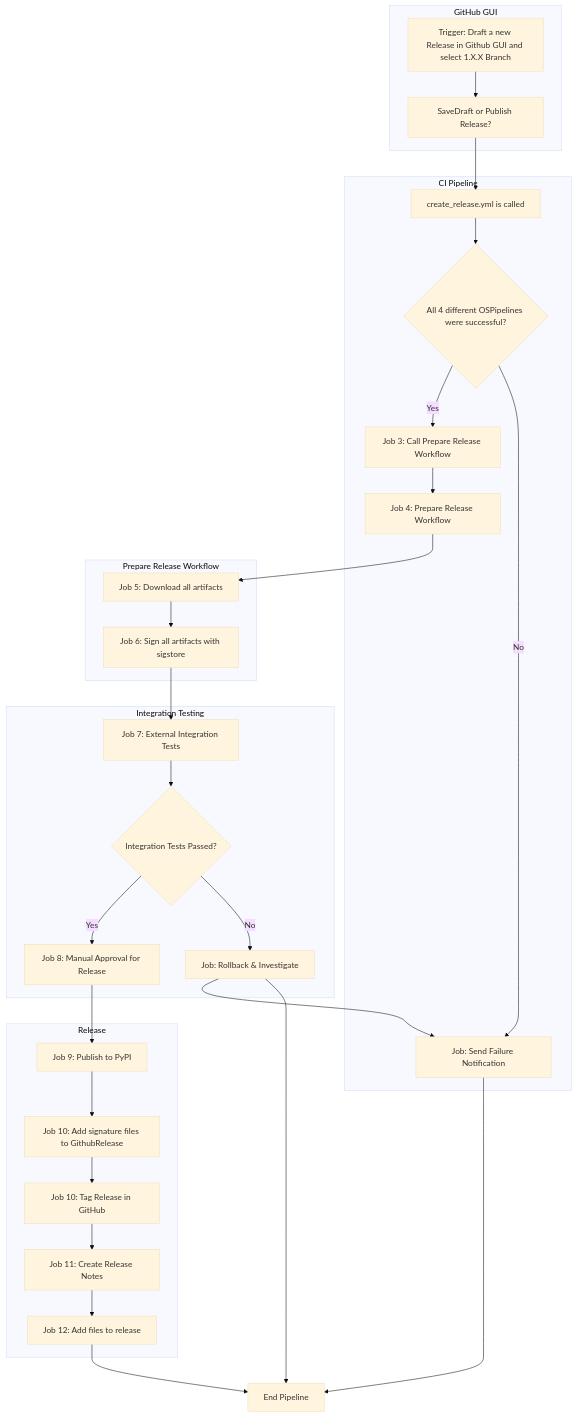
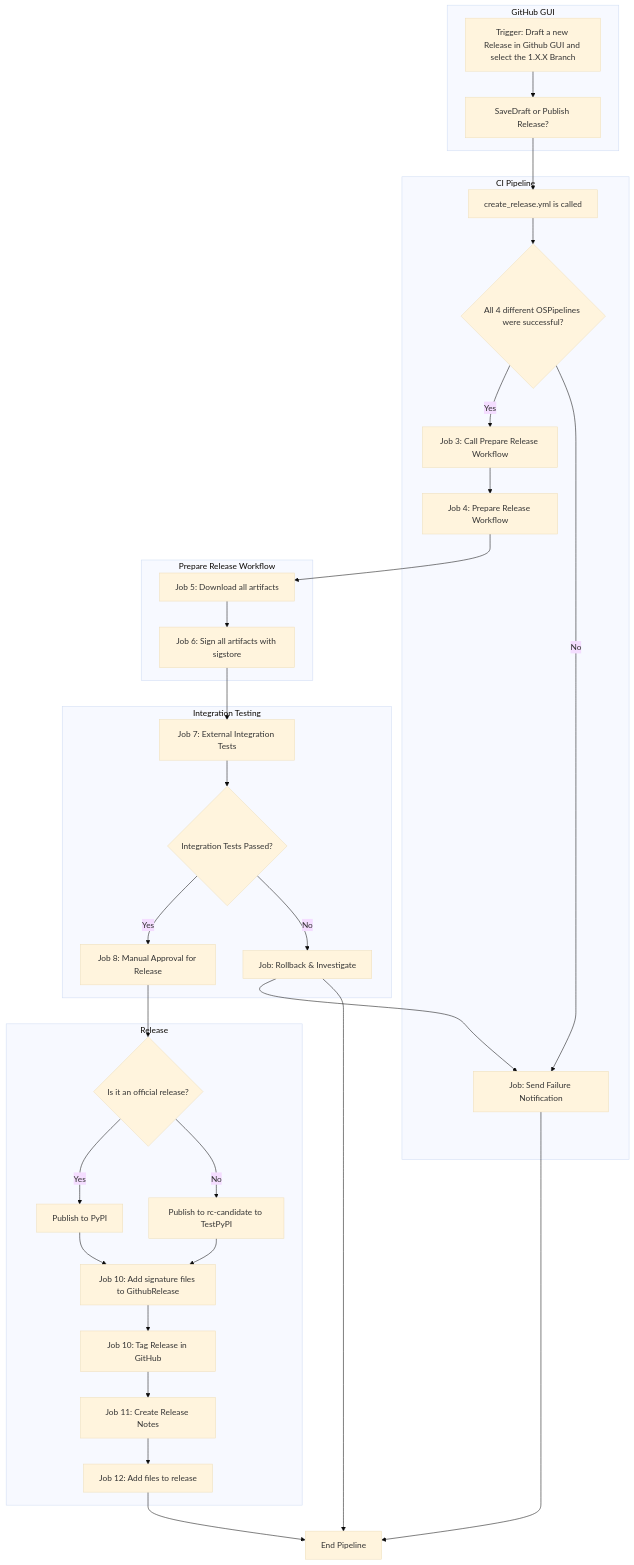
Before and after one commit to onnx/onnx: the diagram in docs/OnnxReleases.md, drawn with Mermaid (base theme). The commit also changed other lines of this file, not shown here.

Commit message:
add switch release vs final

````diff
--- a/docs/OnnxReleases.md
+++ b/docs/OnnxReleases.md
@@ -109,41 +109,44 @@
 ```mermaid
 graph TB
     subgraph GitHub GUI
-        A[Trigger: Draft a new Release in Github GUI and select 1.X.X Branch] --> B[SaveDraft or Publish Release?] 
+        A[Trigger: Draft a new Release in Github GUI and select the 1.X.X Branch] --> B[SaveDraft or Publish Release?] 
     end
 
     subgraph CI Pipeline
         B --> D1[create_release.yml is called]
 
         D1 --> D{All 4 different OSPipelines were successful?}
         D -->|Yes| E[Job 3: Call Prepare Release Workflow]
         D -->|No| F[Job: Send Failure Notification]
         E --> G[Job 4: Prepare Release Workflow]
     end
     
     subgraph Prepare Release Workflow
         G --> H[Job 5: Download all artifacts]
         H --> I[Job 6: Sign all artifacts with sigstore]
     end
 
     subgraph Integration Testing
         I --> J[Job 7: External Integration Tests]
         J --> K{Integration Tests Passed?}
         K -->|Yes| L[Job 8: Manual Approval for Release]
         K -->|No| M[Job: Rollback & Investigate]
         M --> F
     end
 
     subgraph Release
-        L --> N[Job 9: Publish to PyPI]
-        N --> O[Job 10: Add signature files to GithubRelease]
+        L --> N{Is it an official release?}
+        N --> |Yes| O1[Publish to PyPI]
+        N --> |No| O2[Publish to rc-candidate to TestPyPI]        
+        O1 --> O[Job 10: Add signature files to GithubRelease]
+        O2 --> O[Job 10: Add signature files to GithubRelease]
         O --> P[Job 10: Tag Release in GitHub]
         P --> Q1[Job 11: Create Release Notes]
         Q1 --> Q[Job 12: Add files to release]
     end
 
 
     Q --> R[End Pipeline]
     F --> R
     M --> R
 ```
````
